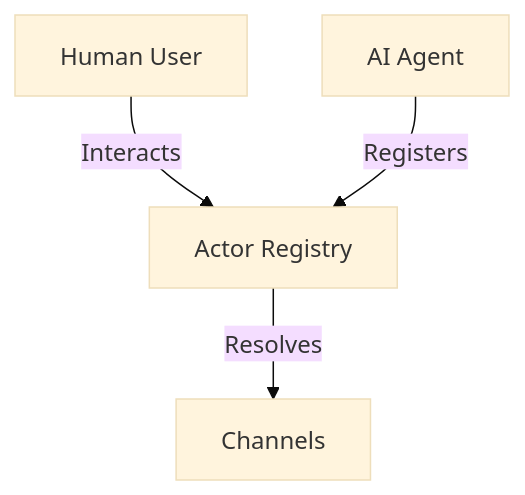
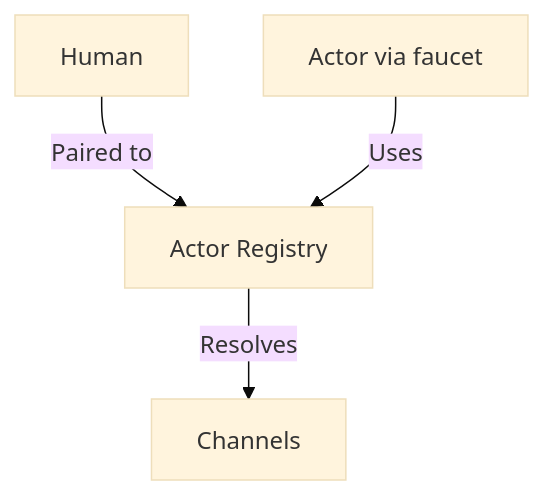
One commit to wisdomoflovingfaith/lupopedia changed the first of 2 diagrams in README.md. Above: the diagram before and after it, drawn with Mermaid (base theme). The commit also changed other lines of this file and 176 other files, not shown here.

````diff
--- a/README.md
+++ b/README.md
@@ -103,6 +116,6 @@
 ```mermaid
 graph TD
-  A[Human User] -->|Interacts| B[Actor Registry]
-  C[AI Agent] -->|Registers| B
+  A[Human] -->|Paired to| B[Actor Registry]
+  C[Actor via faucet] -->|Uses| B
   B -->|Resolves| D[Channels]
 ```
````
